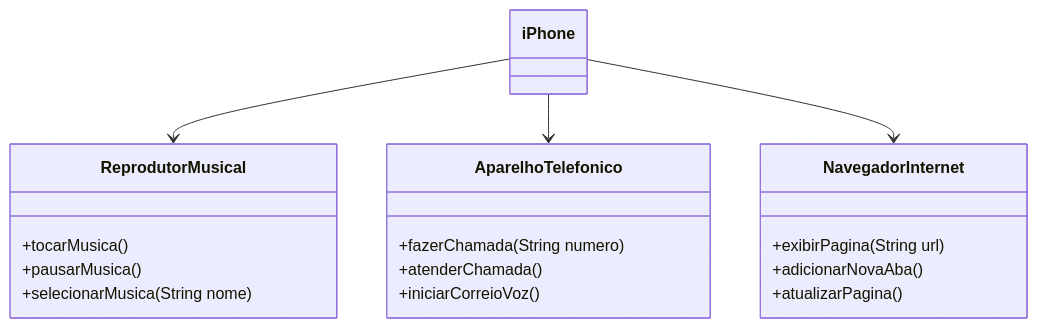
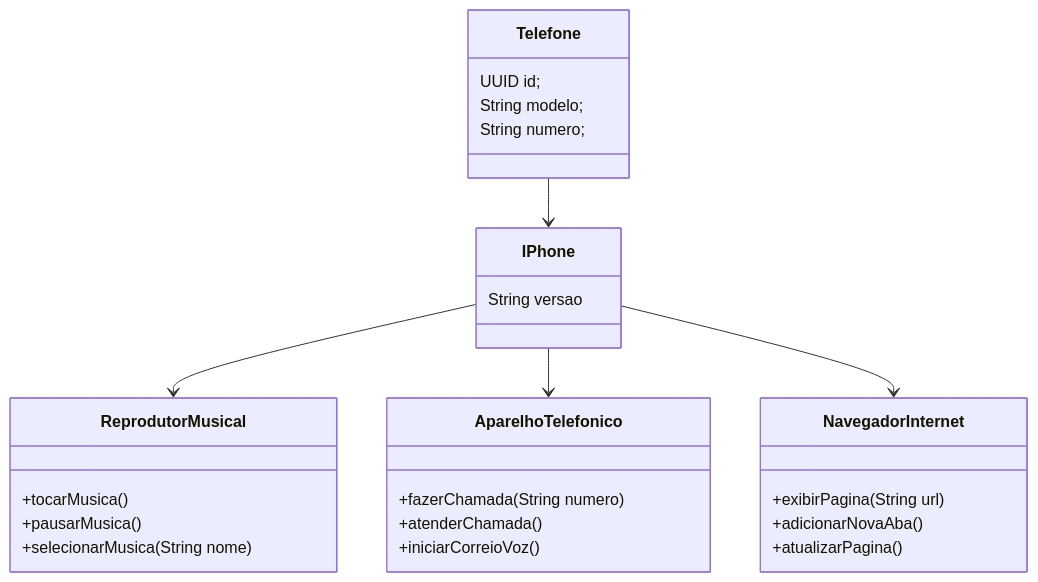
Before and after one commit to AlessandroF-dev/desafios-dio: the diagram in iphone_model/README.md, drawn with Mermaid.

Commit message:
formatter uml

````diff
--- a/iphone_model/README.md
+++ b/iphone_model/README.md
@@ -20,27 +20,35 @@
 ```mermaid
 classDiagram
     class ReprodutorMusical {
         +tocarMusica()
         +pausarMusica()
         +selecionarMusica(String nome)
     }
 
     class AparelhoTelefonico {
         +fazerChamada(String numero)
         +atenderChamada()
         +iniciarCorreioVoz()
     }
 
     class NavegadorInternet {
         +exibirPagina(String url)
         +adicionarNovaAba()
         +atualizarPagina()
     }
 
-    class iPhone {
+    class Telefone{
+        UUID id;
+        String modelo;
+        String numero;
     }
 
-    iPhone --> ReprodutorMusical
-    iPhone --> AparelhoTelefonico
-    iPhone --> NavegadorInternet
+    class IPhone {
+        String versao
+    }
+
+    Telefone --> IPhone
+    IPhone --> ReprodutorMusical
+    IPhone --> AparelhoTelefonico
+    IPhone --> NavegadorInternet
 ```
````
